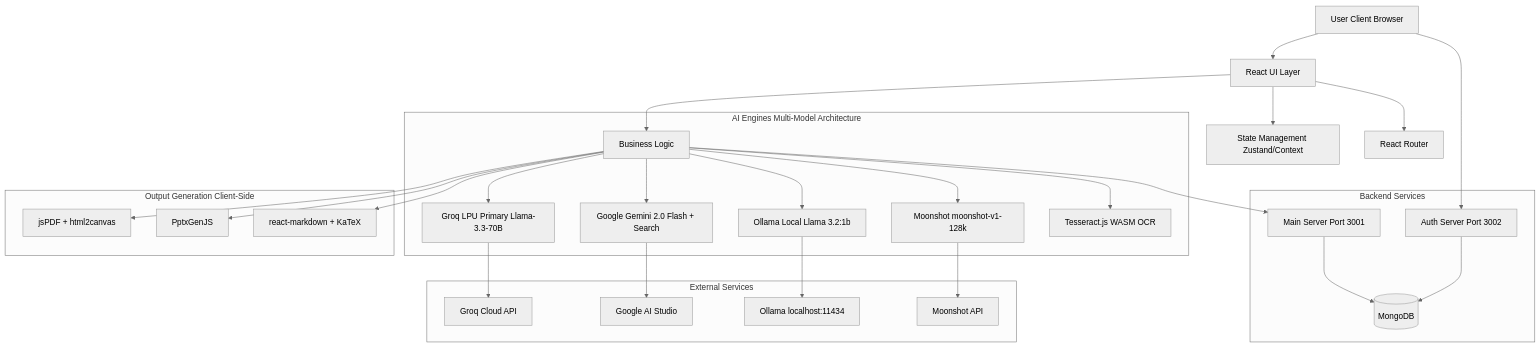
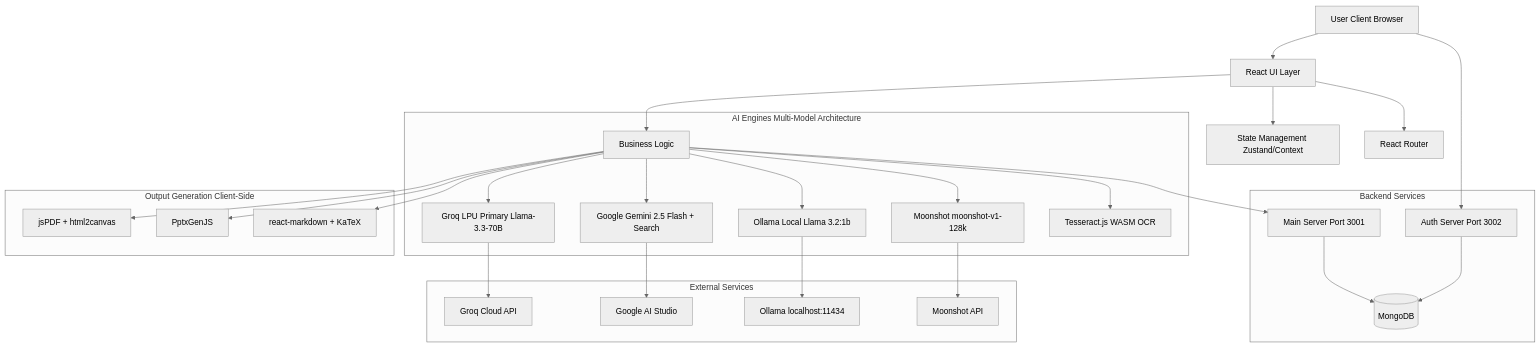
Before and after one commit to 1nonlyasta/Deephubai-turbo: the diagram in .kiro/specs/deephubai-turbo/design.md, drawn with Mermaid (neutral theme). The commit also changed other lines of this file and 2 other files, not shown here.

Commit message:
docs: Update design, requirements, and README with Gemini 2.5, cleanup, and new features

````diff
--- a/.kiro/specs/deephubai-turbo/design.md
+++ b/.kiro/specs/deephubai-turbo/design.md
@@ -11,55 +11,55 @@
 ```mermaid
 graph TD
     Client[User Client Browser] --> UI[React UI Layer]
     UI --> State[State Management Zustand/Context]
     UI --> Router[React Router]
 
     subgraph AIEngines[AI Engines Multi-Model Architecture]
         Logic[Business Logic]
         Groq[Groq LPU Primary Llama-3.3-70B]
-        Gemini[Google Gemini 2.0 Flash + Search]
+        Gemini[Google Gemini 2.5 Flash + Search]
         Ollama[Ollama Local Llama 3.2:1b]
         Moonshot[Moonshot moonshot-v1-128k]
         OCR[Tesseract.js WASM OCR]
     end
 
     UI --> Logic
     Logic --> Groq
     Logic --> Gemini
     Logic --> Ollama
     Logic --> Moonshot
     Logic --> OCR
 
     subgraph Backend[Backend Services]
         MainServer[Main Server Port 3001]
         AuthServer[Auth Server Port 3002]
         MongoDB[(MongoDB)]
     end
 
     Logic --> MainServer
     Client --> AuthServer
     AuthServer --> MongoDB
     MainServer --> MongoDB
 
     subgraph ExternalServices[External Services]
         GroqCloud[Groq Cloud API]
         GoogleAPI[Google AI Studio]
         OllamaLocal[Ollama localhost:11434]
         MoonshotAPI[Moonshot API]
     end
 
     Groq --> GroqCloud
     Gemini --> GoogleAPI
     Ollama --> OllamaLocal
     Moonshot --> MoonshotAPI
 
     subgraph OutputGeneration[Output Generation Client-Side]
         PDF[jsPDF + html2canvas]
         PPT[PptxGenJS]
         Markdown[react-markdown + KaTeX]
     end
 
     Logic --> PDF
     Logic --> PPT
     Logic --> Markdown
 ```
````
